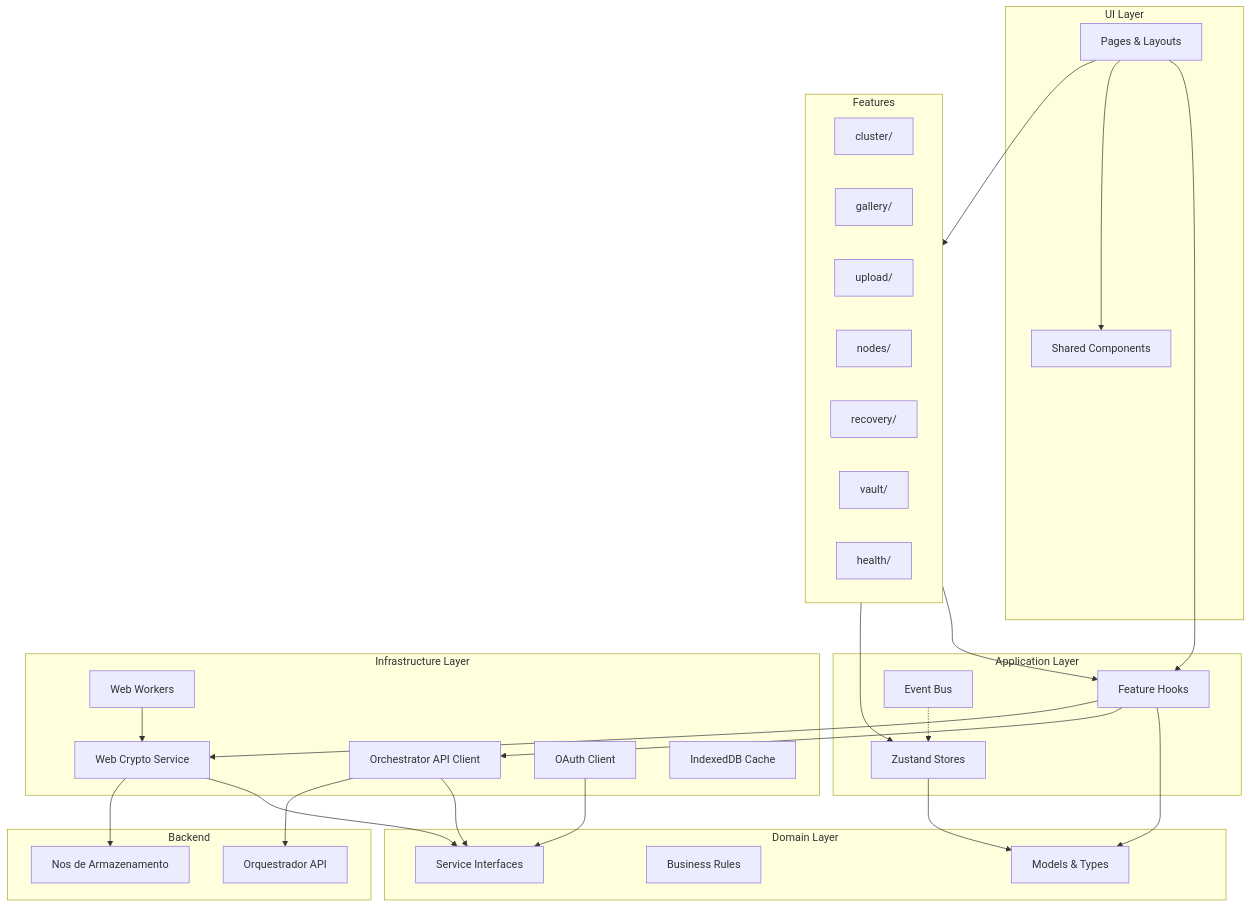
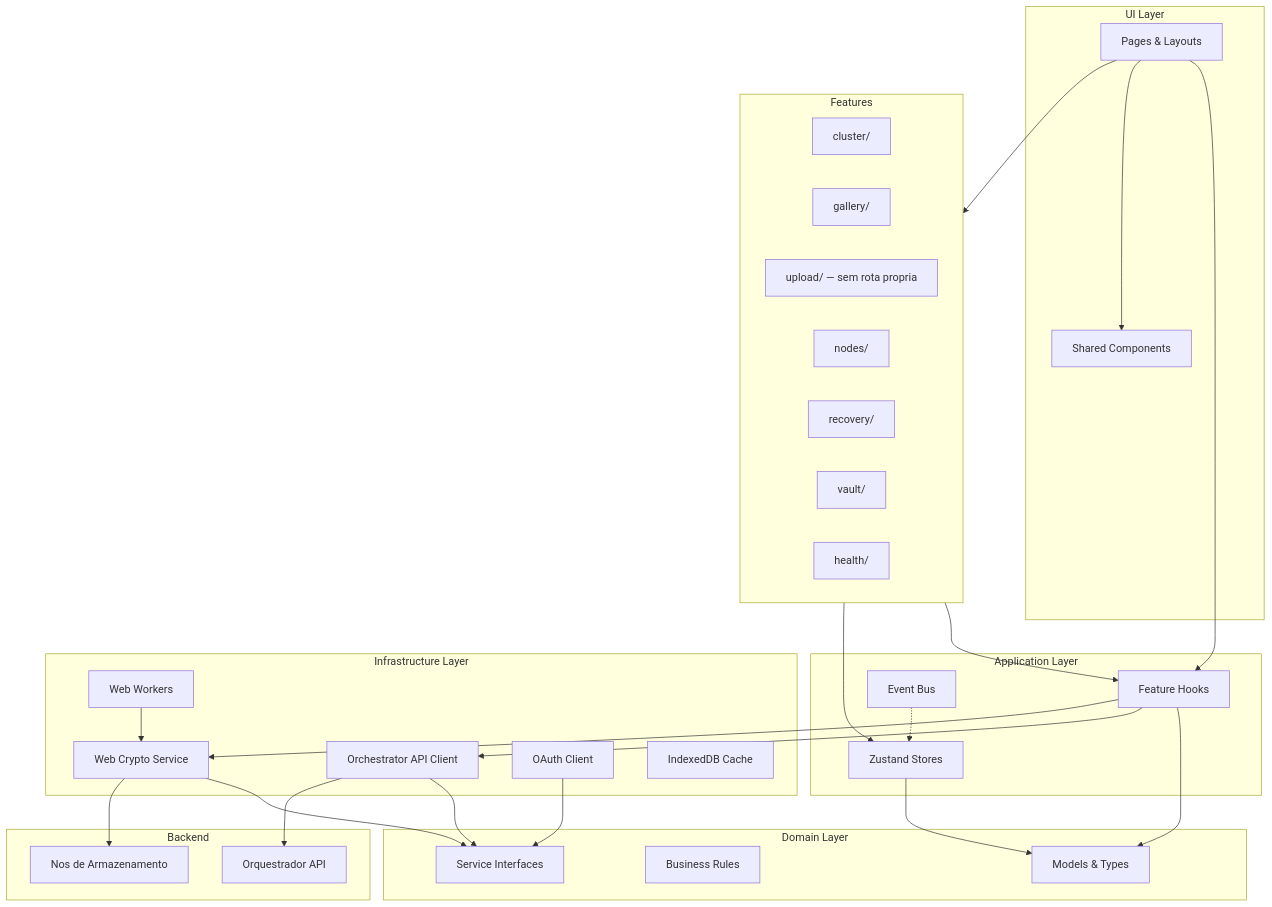
One commit to DouglasPrado/alexandria changed the diagram in docs/frontend/01-arquitetura.md. Above: the diagram before and after it, drawn with Mermaid. The commit also changed other lines of this file and 7 other files, not shown here.

````diff
--- a/docs/frontend/01-arquitetura.md
+++ b/docs/frontend/01-arquitetura.md
@@ -110,62 +110,62 @@
 ```mermaid
 graph TD
     subgraph "UI Layer"
         Pages[Pages & Layouts]
         Shared[Shared Components]
     end
 
     subgraph "Application Layer"
         Hooks[Feature Hooks]
         Stores[Zustand Stores]
         EventBus[Event Bus]
     end
 
     subgraph "Domain Layer"
         Models[Models & Types]
         Rules[Business Rules]
         Interfaces[Service Interfaces]
     end
 
     subgraph "Infrastructure Layer"
         API[Orchestrator API Client]
         Crypto[Web Crypto Service]
         OAuth[OAuth Client]
         Cache[IndexedDB Cache]
         Workers[Web Workers]
     end
 
     subgraph "Features"
         Cluster[cluster/]
         Gallery[gallery/]
-        Upload[upload/]
+        Upload[upload/ — sem rota propria]
         Nodes[nodes/]
         Recovery[recovery/]
         Vault[vault/]
         Health[health/]
     end
 
     Pages --> Hooks
     Pages --> Shared
     Hooks --> Models
     Hooks --> API
     Hooks --> Crypto
     Stores --> Models
     EventBus -.-> Stores
 
     API --> Interfaces
     Crypto --> Interfaces
     OAuth --> Interfaces
     Workers --> Crypto
 
     Pages --> Features
     Features --> Hooks
     Features --> Stores
 
     subgraph "Backend"
         Orchestrator[Orquestrador API]
         StorageNodes[Nos de Armazenamento]
     end
 
     API --> Orchestrator
     Crypto --> StorageNodes
 ```
````
